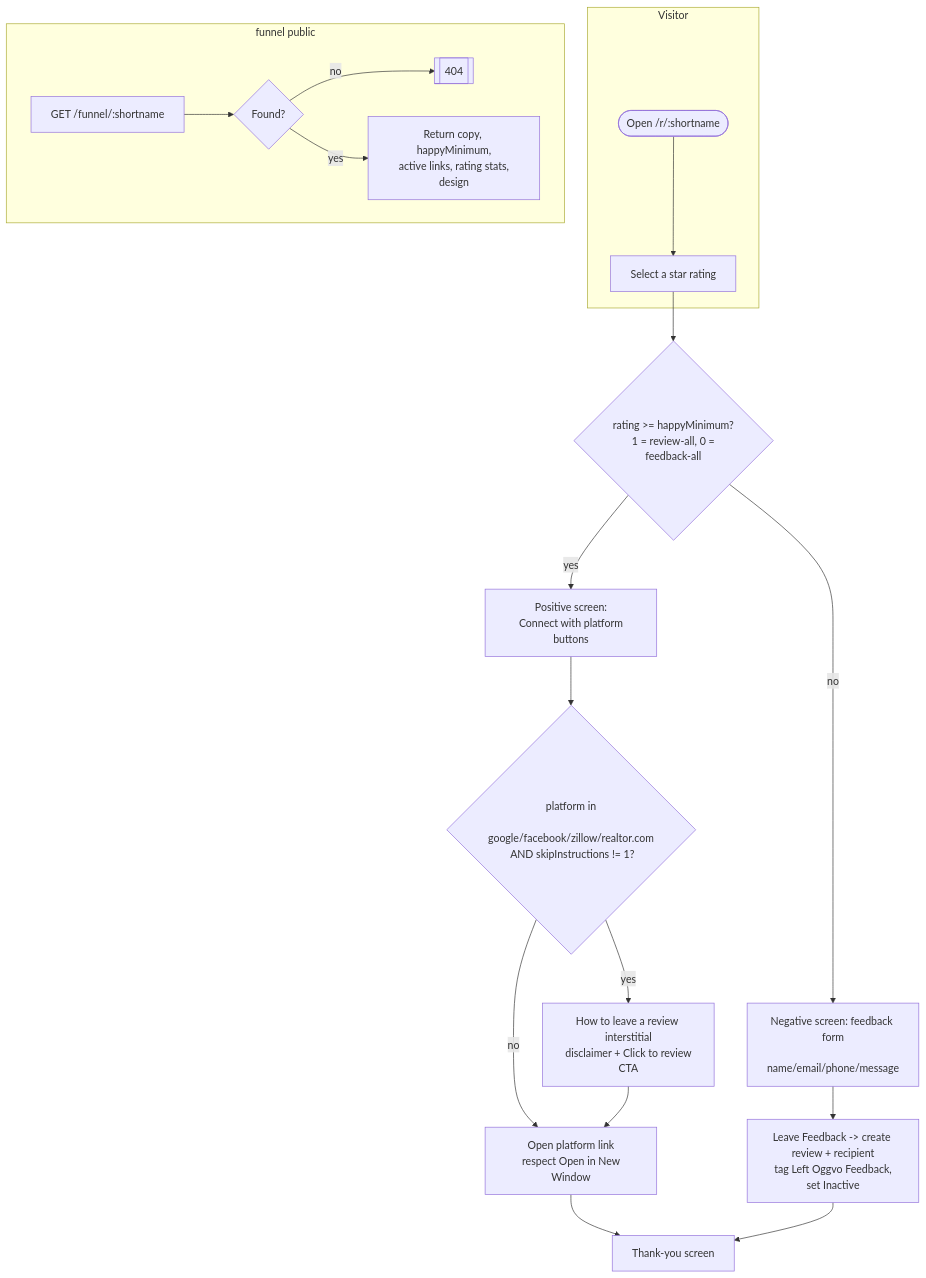
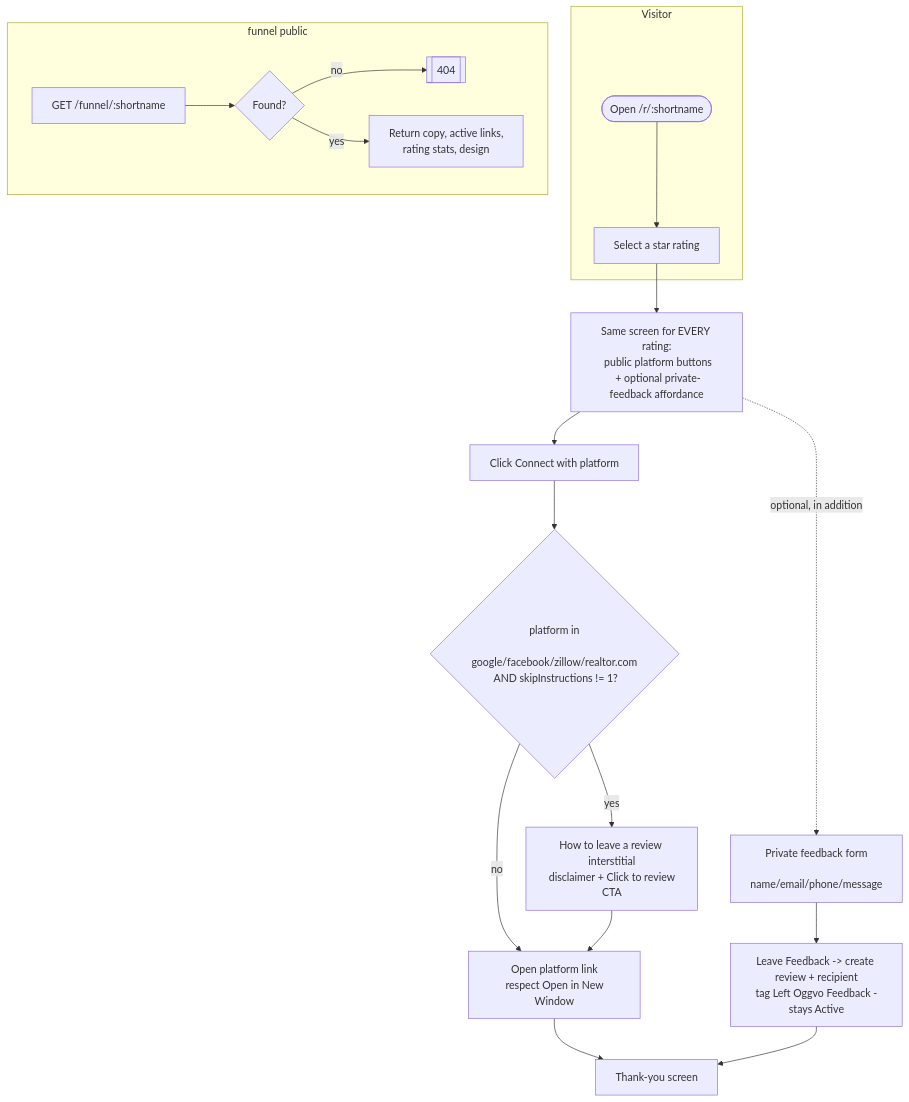
The fourth of 5 diagrams in docs/design-funnel/activity-diagrams.md (Krishsyv/oggvo-v2), drawn with Mermaid before and after one commit. The commit also changed other lines of this file and 27 other files, not shown here.

````diff
--- a/docs/design-funnel/activity-diagrams.md
+++ b/docs/design-funnel/activity-diagrams.md
@@ -113,21 +113,21 @@
 ```mermaid
 flowchart TD
     subgraph Visitor
         A([Open /r/:shortname]) --> B[Select a star rating]
     end
     subgraph API[funnel public]
         A0[GET /funnel/:shortname] --> A1{Found?}
         A1 -- no --> A2[[404]]
-        A1 -- yes --> A3[Return copy, happyMinimum,\n active links, rating stats, design]
+        A1 -- yes --> A3[Return copy, active links,\n rating stats, design]
     end
-    B --> C{rating >= happyMinimum?\n 1 = review-all, 0 = feedback-all}
-    C -- yes --> D[Positive screen:\n Connect with platform buttons]
+    B --> C[Same screen for EVERY rating:\n public platform buttons\n + optional private-feedback affordance]
+    C --> D[Click Connect with platform]
     D --> E{platform in\n google/facebook/zillow/realtor.com\n AND skipInstructions != 1?}
     E -- yes --> F[How to leave a review interstitial\n disclaimer + Click to review CTA]
     E -- no --> G[Open platform link\n respect Open in New Window]
     F --> G
     G --> T[Thank-you screen]
-    C -- no --> I[Negative screen: feedback form\n name/email/phone/message]
-    I --> J[Leave Feedback -> create review + recipient\n tag Left Oggvo Feedback, set Inactive]
+    C -. optional, in addition .-> I[Private feedback form\n name/email/phone/message]
+    I --> J[Leave Feedback -> create review + recipient\n tag Left Oggvo Feedback - stays Active]
     J --> T
 ```
````
